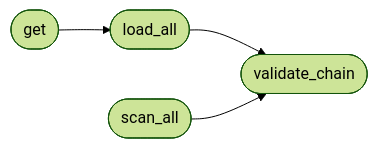
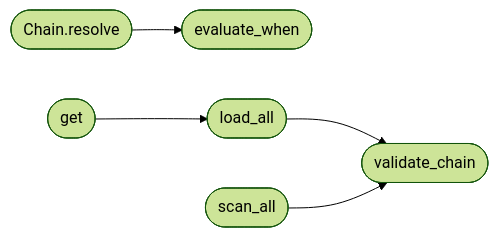
One commit to grisuno/LazyOwn changed the second of 2 diagrams in readmenator-apidocs/modules/modules.chain_registry.py.md. Above: the diagram before and after it, drawn with Mermaid (forest theme). The commit also changed other lines of this file and 764 other files, not shown here.

````diff
--- a/readmenator-apidocs/modules/modules.chain_registry.py.md
+++ b/readmenator-apidocs/modules/modules.chain_registry.py.md
@@ -45,10 +65,13 @@
 ```mermaid
 flowchart LR
+    n_modules_chain_registry_py__Chain_resolve(["Chain.resolve"])
+    n_modules_chain_registry_py__evaluate_when(["evaluate_when"])
     n_modules_chain_registry_py__load_all(["load_all"])
     n_modules_chain_registry_py__validate_chain(["validate_chain"])
     n_modules_chain_registry_py__get(["get"])
     n_modules_chain_registry_py__scan_all(["scan_all"])
+    n_modules_chain_registry_py__Chain_resolve --> n_modules_chain_registry_py__evaluate_when
     n_modules_chain_registry_py__load_all --> n_modules_chain_registry_py__validate_chain
     n_modules_chain_registry_py__get --> n_modules_chain_registry_py__load_all
     n_modules_chain_registry_py__scan_all --> n_modules_chain_registry_py__validate_chain
 ```
````
